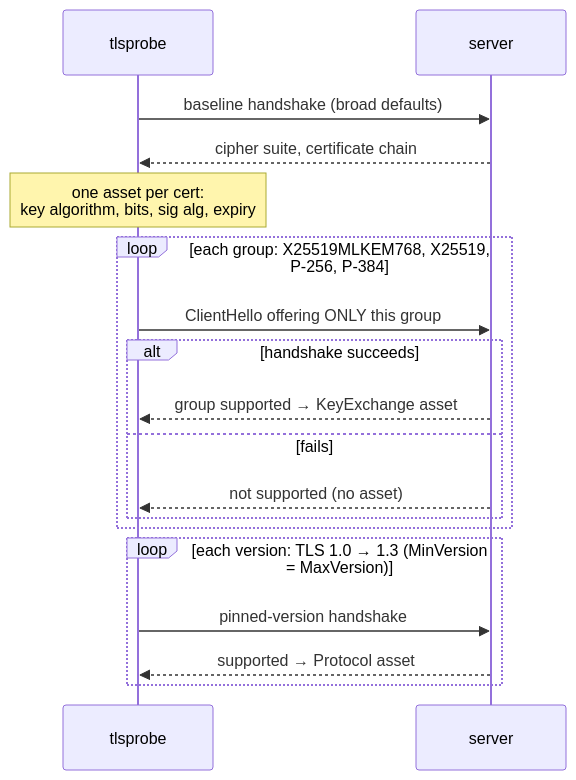
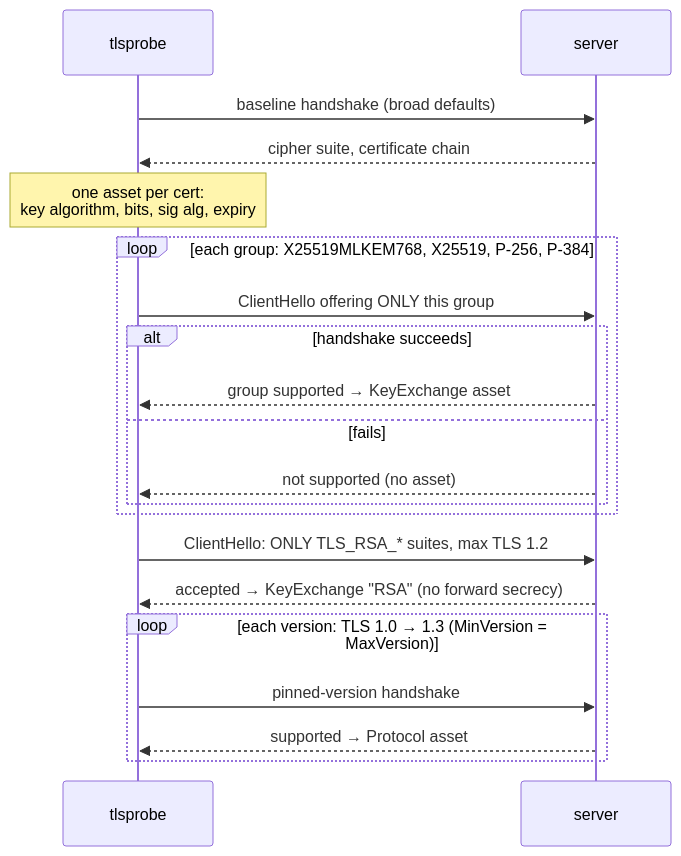
The third of 3 diagrams in docs/architecture.md (angga-22/pqinv), drawn with Mermaid before and after one commit. The commit also changed other lines of this file and 21 other files, not shown here.

Commit message:
feat: baseline gate, SAML probe, issuer TLS in scan oidc, RSA key-transport pass

````diff
--- a/docs/architecture.md
+++ b/docs/architecture.md
@@ -113,23 +122,26 @@
 ```mermaid
 sequenceDiagram
     participant P as tlsprobe
     participant S as server
 
     P->>S: baseline handshake (broad defaults)
     S-->>P: cipher suite, certificate chain
     Note over P: one asset per cert:<br/>key algorithm, bits, sig alg, expiry
 
     loop each group: X25519MLKEM768, X25519, P-256, P-384
         P->>S: ClientHello offering ONLY this group
         alt handshake succeeds
             S-->>P: group supported → KeyExchange asset
         else fails
             S-->>P: not supported (no asset)
         end
     end
 
+    P->>S: ClientHello: ONLY TLS_RSA_* suites, max TLS 1.2
+    S-->>P: accepted → KeyExchange "RSA" (no forward secrecy)
+
     loop each version: TLS 1.0 → 1.3 (MinVersion = MaxVersion)
         P->>S: pinned-version handshake
         S-->>P: supported → Protocol asset
     end
 ```
````
